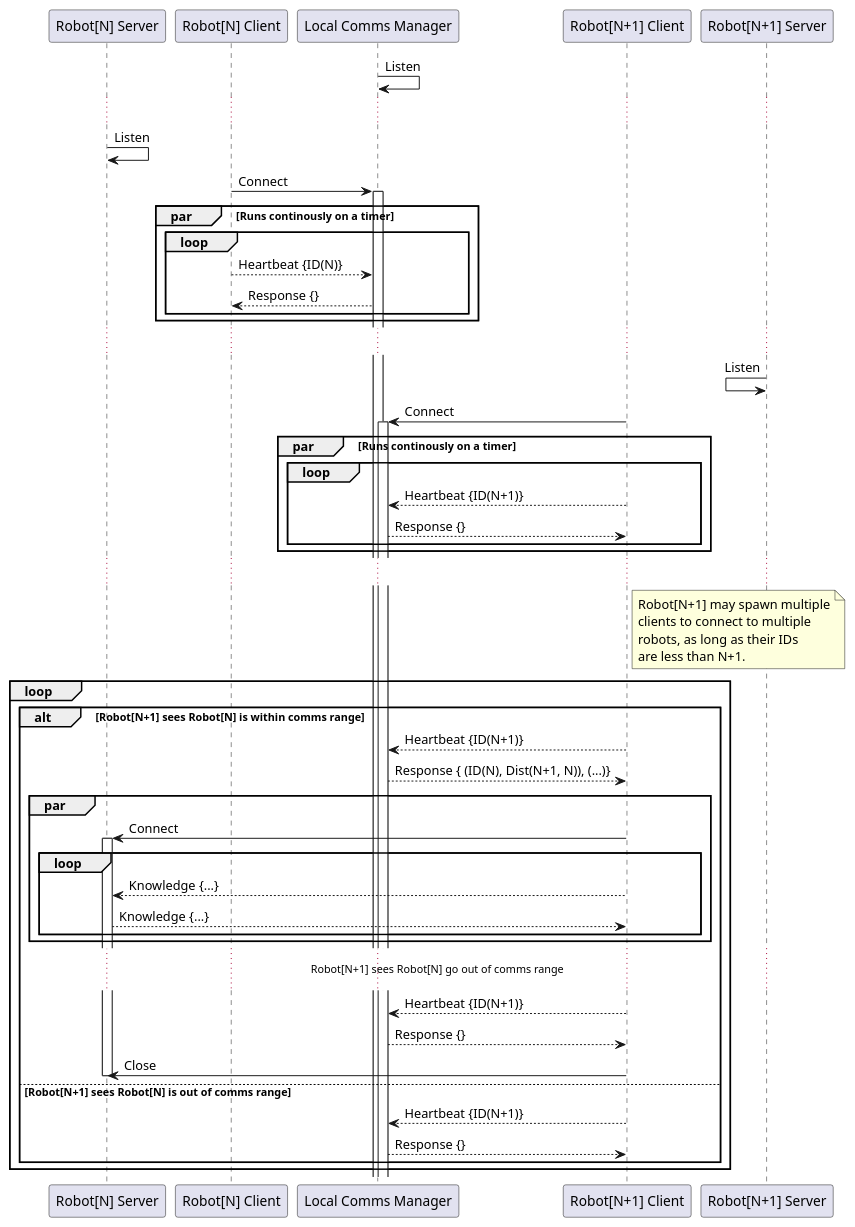
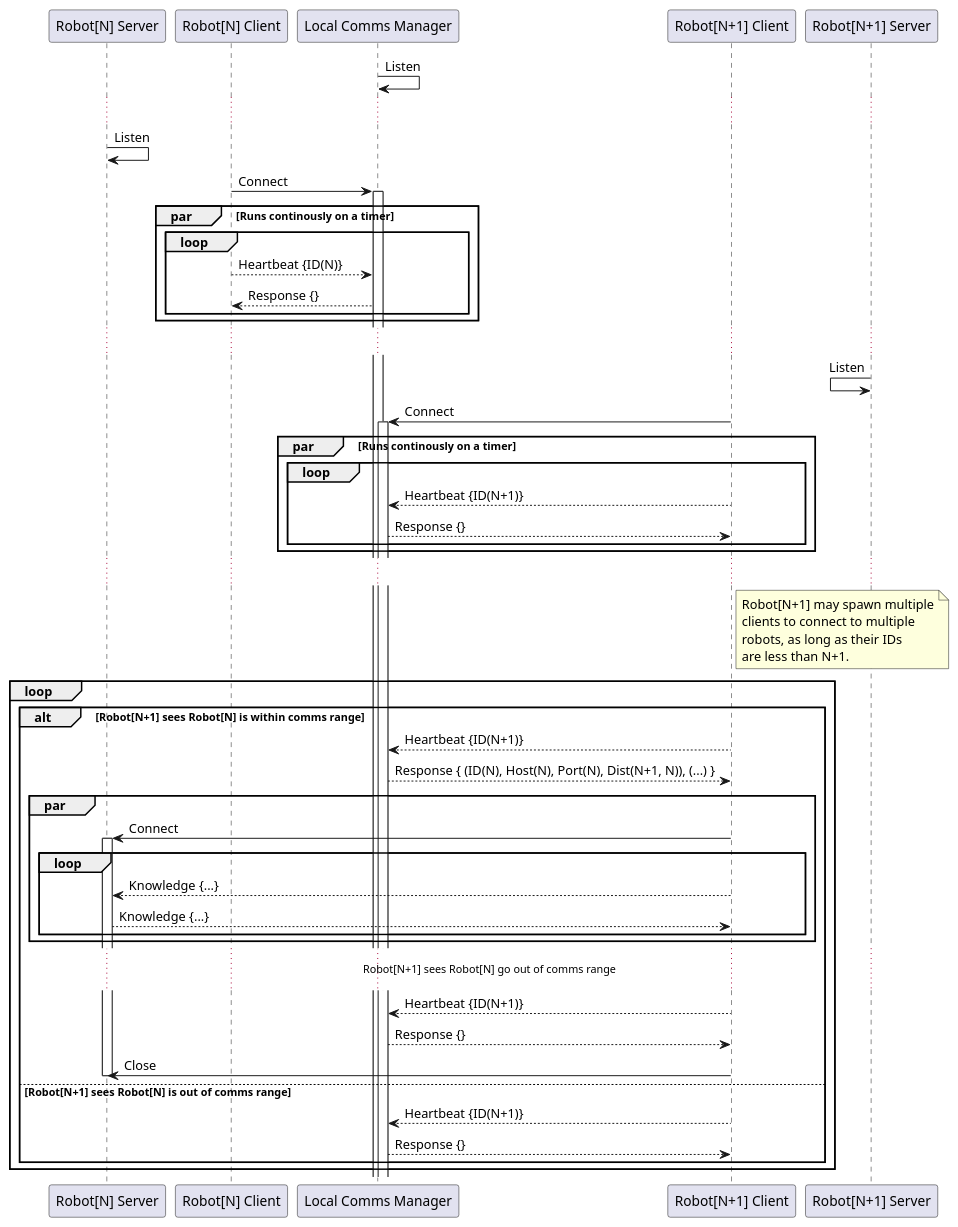
Before and after one commit to eshjordan/mobile-robotics-fyp: the diagram in src/agent_local_comms_server/doc/comms_sequence.puml, drawn with PlantUML. The commit also changed 6 other files, not shown here.

Commit message:
Implemented simulated robot nodes to test agent comms server according to UML sequence diagram

```diff
--- a/src/agent_local_comms_server/doc/comms_sequence.puml
+++ b/src/agent_local_comms_server/doc/comms_sequence.puml
@@ -1,71 +1,71 @@
 @startuml
 
 participant "Robot[N] Server"
 participant "Robot[N] Client"
 participant "Local Comms Manager"
 participant "Robot[N+1] Client"
 participant "Robot[N+1] Server"
 
 "Local Comms Manager" -> "Local Comms Manager" : Listen
 
 ...
 
 "Robot[N] Server" -> "Robot[N] Server" : Listen
 "Robot[N] Client" -> "Local Comms Manager" : Connect
 activate "Local Comms Manager"
 
 par Runs continously on a timer
 loop
 "Robot[N] Client" --> "Local Comms Manager": Heartbeat {ID(N)}
 "Local Comms Manager" --> "Robot[N] Client": Response {}
 end
 end
 
 ...
 
 "Robot[N+1] Server" <- "Robot[N+1] Server" : Listen
 "Robot[N+1] Client" -> "Local Comms Manager" : Connect
 activate "Local Comms Manager"
 
 par Runs continously on a timer
 loop
 "Robot[N+1] Client" --> "Local Comms Manager": Heartbeat {ID(N+1)}
 "Local Comms Manager" --> "Robot[N+1] Client": Response {}
 end
 end
 
 ...
 
 note right of "Robot[N+1] Client"
 Robot[N+1] may spawn multiple
 clients to connect to multiple
 robots, as long as their IDs
 are less than N+1.
 end note
 
 loop
 alt Robot[N+1] sees Robot[N] is within comms range
 "Robot[N+1] Client" --> "Local Comms Manager": Heartbeat {ID(N+1)}
-"Local Comms Manager" --> "Robot[N+1] Client": Response { (ID(N), Dist(N+1, N)), (...)}
+"Local Comms Manager" --> "Robot[N+1] Client": Response { (ID(N), Host(N), Port(N), Dist(N+1, N)), (...) }
 par
 "Robot[N+1] Client" -> "Robot[N] Server": Connect
 activate "Robot[N] Server"
 loop
 "Robot[N+1] Client" --> "Robot[N] Server": Knowledge {...}
 "Robot[N] Server" --> "Robot[N+1] Client": Knowledge {...}
 end
 end
 ...Robot[N+1] sees Robot[N] go out of comms range...
 
 "Robot[N+1] Client" --> "Local Comms Manager": Heartbeat {ID(N+1)}
 "Local Comms Manager" --> "Robot[N+1] Client": Response {}
 "Robot[N+1] Client" -> "Robot[N] Server": Close
 deactivate "Robot[N] Server"
 
 else Robot[N+1] sees Robot[N] is out of comms range
 "Robot[N+1] Client" --> "Local Comms Manager": Heartbeat {ID(N+1)}
 "Local Comms Manager" --> "Robot[N+1] Client": Response {}
 end
 end
 
 @enduml
```
